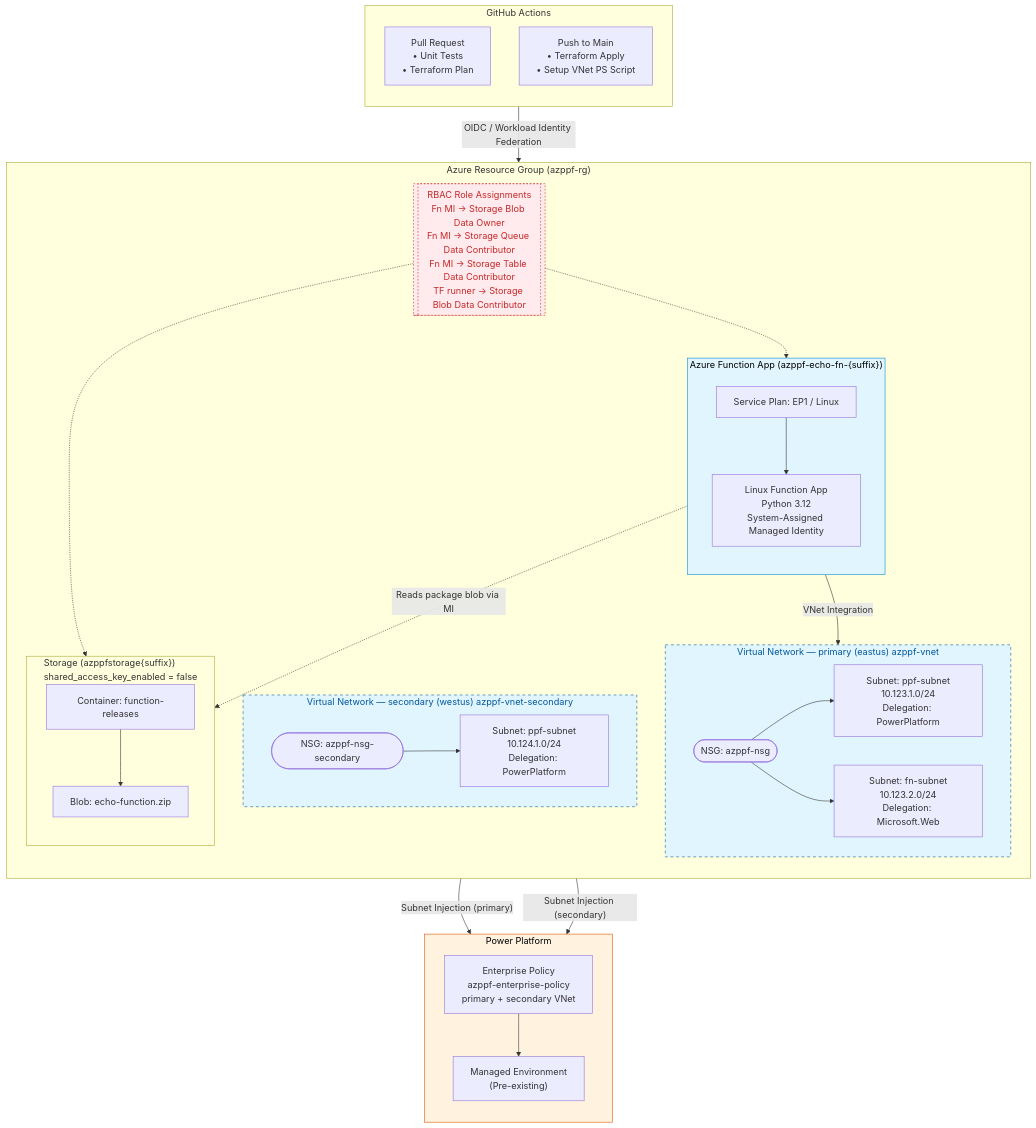
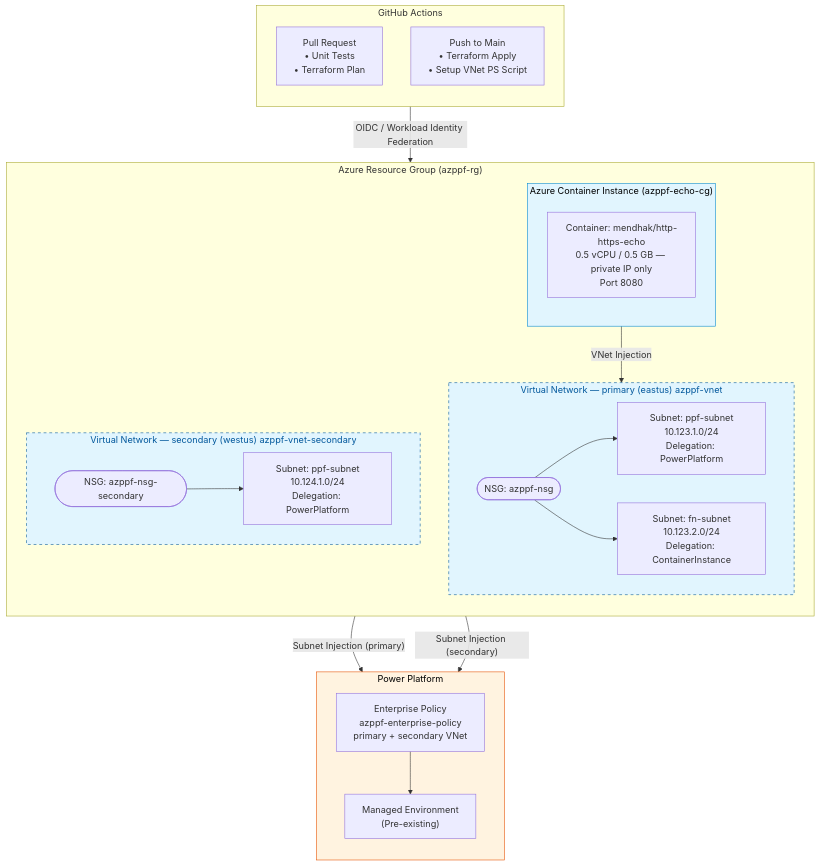
The diagram in README.md (kimtth/terraform-github-actions), drawn with Mermaid before and after one commit. The commit also changed other lines of this file and 13 other files, not shown here.

````diff
--- a/README.md
+++ b/README.md
@@ -15,75 +17,59 @@
 ```mermaid
 flowchart TD
     classDef github fill:#24292e,stroke:#1b1f23,color:#fff,stroke-width:2px
     classDef azure fill:#f0f6ff,stroke:#0078d4,color:#000,stroke-width:2px
     classDef network fill:#e1f5fe,stroke:#01579b,color:#01579b,stroke-width:1px,stroke-dasharray: 5 5
     classDef storage fill:#fff9c4,stroke:#fbc02d,color:#000
     classDef compute fill:#e1f5fe,stroke:#0288d1,color:#000
     classDef powerplatform fill:#fff3e0,stroke:#e65100,color:#000
     classDef rbac fill:#ffebee,stroke:#c62828,color:#c62828,stroke-dasharray: 3 3
 
     subgraph GH ["GitHub Actions"]
         direction TB
         PR["Pull Request<br/>• Unit Tests<br/>• Terraform Plan"]
         PUSH["Push to Main<br/>• Terraform Apply<br/>• Setup VNet PS Script"]
     end
     class GH github
 
     subgraph RG ["Azure Resource Group (azppf-rg)"]
         direction TB
 
         subgraph VNET ["Virtual Network — primary (eastus) azppf-vnet"]
             direction LR
             NSG(["NSG: azppf-nsg"])
             PPFSUB["Subnet: ppf-subnet<br/>10.123.1.0/24<br/>Delegation: PowerPlatform"]
-            FNSUB["Subnet: fn-subnet<br/>10.123.2.0/24<br/>Delegation: Microsoft.Web"]
+            FNSUB["Subnet: fn-subnet<br/>10.123.2.0/24<br/>Delegation: ContainerInstance"]
             NSG --> PPFSUB
             NSG --> FNSUB
         end
         class VNET network
 
         subgraph VNET2 ["Virtual Network — secondary (westus) azppf-vnet-secondary"]
             direction LR
             NSG2(["NSG: azppf-nsg-secondary"])
             PPFSUB2["Subnet: ppf-subnet<br/>10.124.1.0/24<br/>Delegation: PowerPlatform"]
             NSG2 --> PPFSUB2
         end
         class VNET2 network
 
-        subgraph STORAGE ["Storage (azppfstorage{suffix})<br/>shared_access_key_enabled = false"]
+subgraph ACI ["Azure Container Instance (azppf-echo-cg)"]
             direction TB
-            CONT["Container: function-releases"]
-            BLOB["Blob: echo-function.zip"]
-            CONT --> BLOB
+            ECHO["Container: mendhak/http-https-echo<br/>0.5 vCPU / 0.5 GB — private IP only<br/>Port 8080"]
         end
-        class STORAGE storage
-
-        subgraph FN ["Azure Function App (azppf-echo-fn-{suffix})"]
-            direction TB
-            SP["Service Plan: EP1 / Linux"]
-            FNAPP["Linux Function App<br/>Python 3.12<br/>System-Assigned Managed Identity"]
-            SP --> FNAPP
-        end
-        class FN compute
-
-        ROLES[["RBAC Role Assignments<br/>Fn MI → Storage Blob Data Owner<br/>Fn MI → Storage Queue Data Contributor<br/>Fn MI → Storage Table Data Contributor<br/>TF runner → Storage Blob Data Contributor"]]
-        class ROLES rbac
+        class ACI compute
     end
     class RG azure
 
     subgraph PPF ["Power Platform"]
         direction TB
         EP["Enterprise Policy<br/>azppf-enterprise-policy<br/>primary + secondary VNet"]
         ENV["Managed Environment<br/>(Pre-existing)"]
         EP --> ENV
     end
     class PPF powerplatform
 
     GH -- "OIDC / Workload Identity Federation" --> RG
-    FNAPP -- "VNet Integration" --> FNSUB
-    FNAPP -.->|"Reads package blob via MI"| BLOB
-    ROLES -.-> STORAGE
-    ROLES -.-> FNAPP
+    ECHO -- "VNet Injection" --> FNSUB
     PPFSUB -- "Subnet Injection (primary)" --> EP
     PPFSUB2 -- "Subnet Injection (secondary)" --> EP
 ```
````
